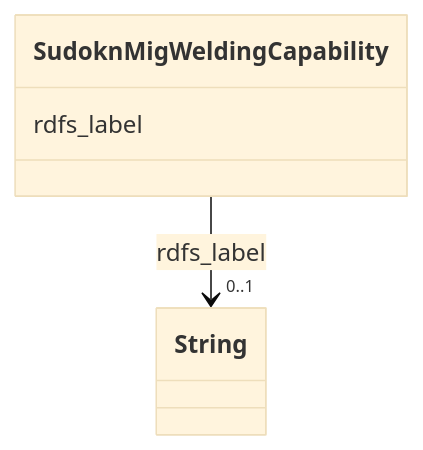
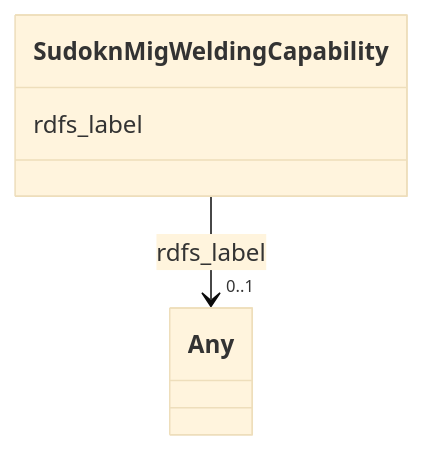
The diagram in sudokn-kg/classes/SudoknMigWeldingCapability.md (frink-okn/graph-descriptions), drawn with Mermaid (base theme) before and after one commit. The commit also changed other lines of this file and 903 other files, not shown here.

````diff
--- a/sudokn-kg/classes/SudoknMigWeldingCapability.md
+++ b/sudokn-kg/classes/SudoknMigWeldingCapability.md
@@ -23,15 +18,15 @@
 ```mermaid
  classDiagram
     class SudoknMigWeldingCapability
     click SudoknMigWeldingCapability href "../SudoknMigWeldingCapability"
       SudoknMigWeldingCapability : rdfs_label
         
           
     
     
-    SudoknMigWeldingCapability --> "0..1" String : rdfs_label
-    click String href "../String"
+    SudoknMigWeldingCapability --> "0..1" Any : rdfs_label
+    click Any href "../Any"
 
         
       
 ```
````
